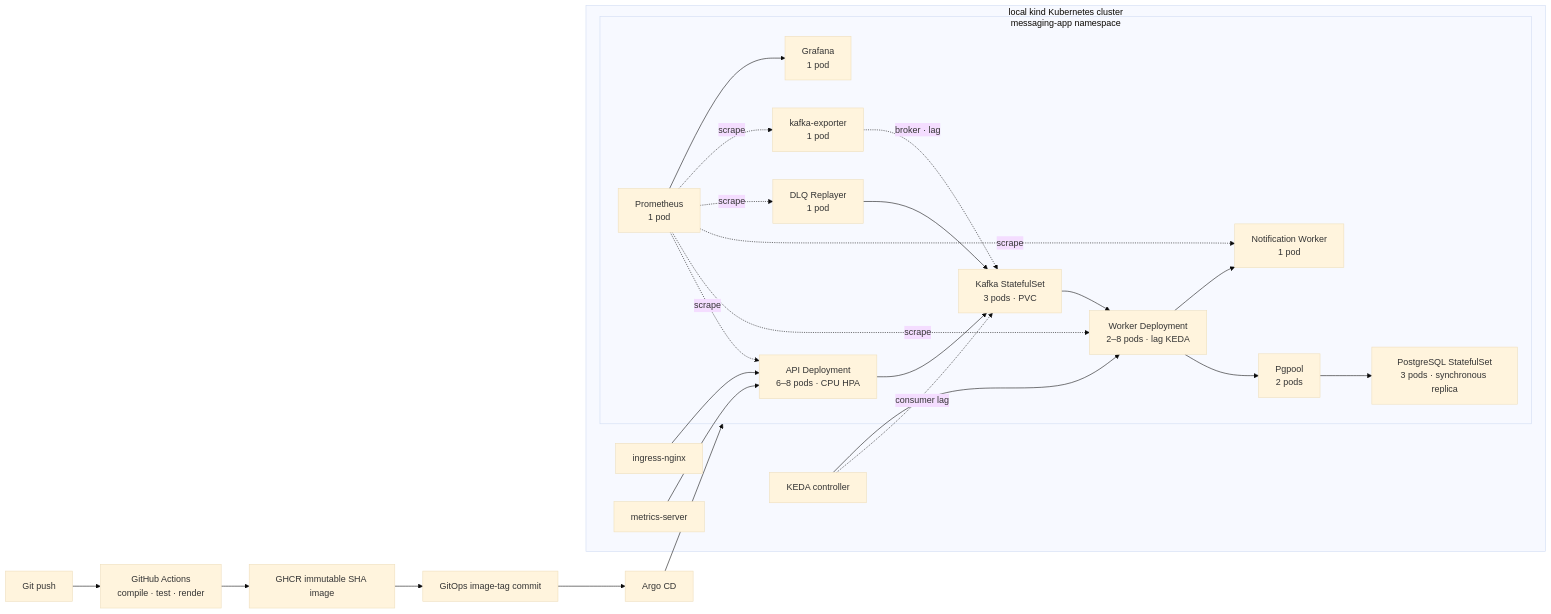
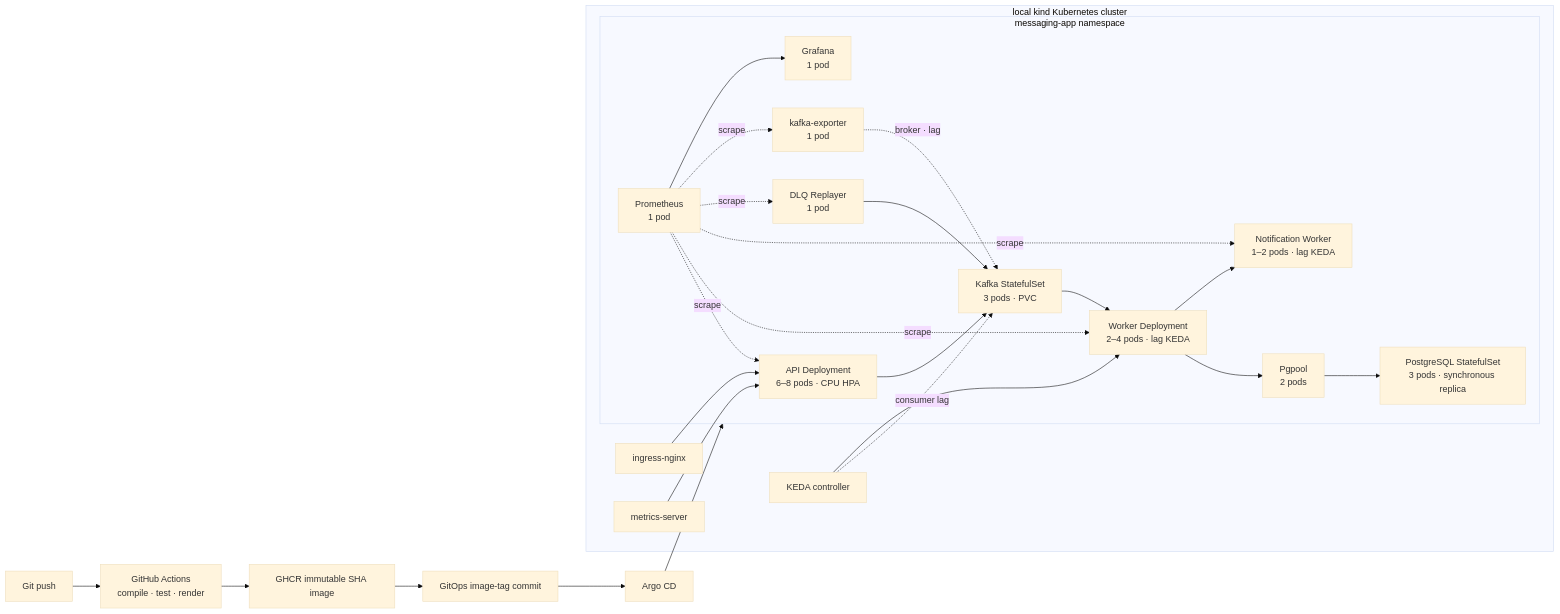
Before and after one commit to Jangwanko/Cloud_portfolio: the diagram in README.md, drawn with Mermaid (base theme). The commit also changed other lines of this file and 42 other files, not shown here.

````diff
--- a/README.md
+++ b/README.md
@@ -29,45 +30,45 @@
 ```mermaid
 flowchart LR
     Git[Git push] --> CI[GitHub Actions<br/>compile · test · render]
     CI --> Image[GHCR immutable SHA image]
     Image --> Tag[GitOps image-tag commit]
     Tag --> Argo[Argo CD]
 
     subgraph Cluster[local kind Kubernetes cluster]
         Ingress[ingress-nginx]
         Metrics[metrics-server]
         KEDA[KEDA controller]
 
         subgraph App[messaging-app namespace]
             API[API Deployment<br/>6–8 pods · CPU HPA]
             Kafka[Kafka StatefulSet<br/>3 pods · PVC]
-            Worker[Worker Deployment<br/>2–8 pods · lag KEDA]
-            Notify[Notification Worker<br/>1 pod]
+            Worker[Worker Deployment<br/>2–4 pods · lag KEDA]
+            Notify[Notification Worker<br/>1–2 pods · lag KEDA]
             DLQ[DLQ Replayer<br/>1 pod]
             Pool[Pgpool<br/>2 pods]
             DB[PostgreSQL StatefulSet<br/>3 pods · synchronous replica]
             Exporter[kafka-exporter<br/>1 pod]
             Prom[Prometheus<br/>1 pod]
             Grafana[Grafana<br/>1 pod]
         end
 
         Ingress --> API
         API --> Kafka
         Kafka --> Worker
         Worker --> Pool --> DB
         Worker --> Notify
         DLQ --> Kafka
         Metrics --> API
         KEDA -. consumer lag .-> Kafka
         KEDA --> Worker
         Exporter -. broker · lag .-> Kafka
         Prom -. scrape .-> API
         Prom -. scrape .-> Worker
         Prom -. scrape .-> Notify
         Prom -. scrape .-> DLQ
         Prom -. scrape .-> Exporter
         Prom --> Grafana
     end
 
     Argo --> App
 ```
````
